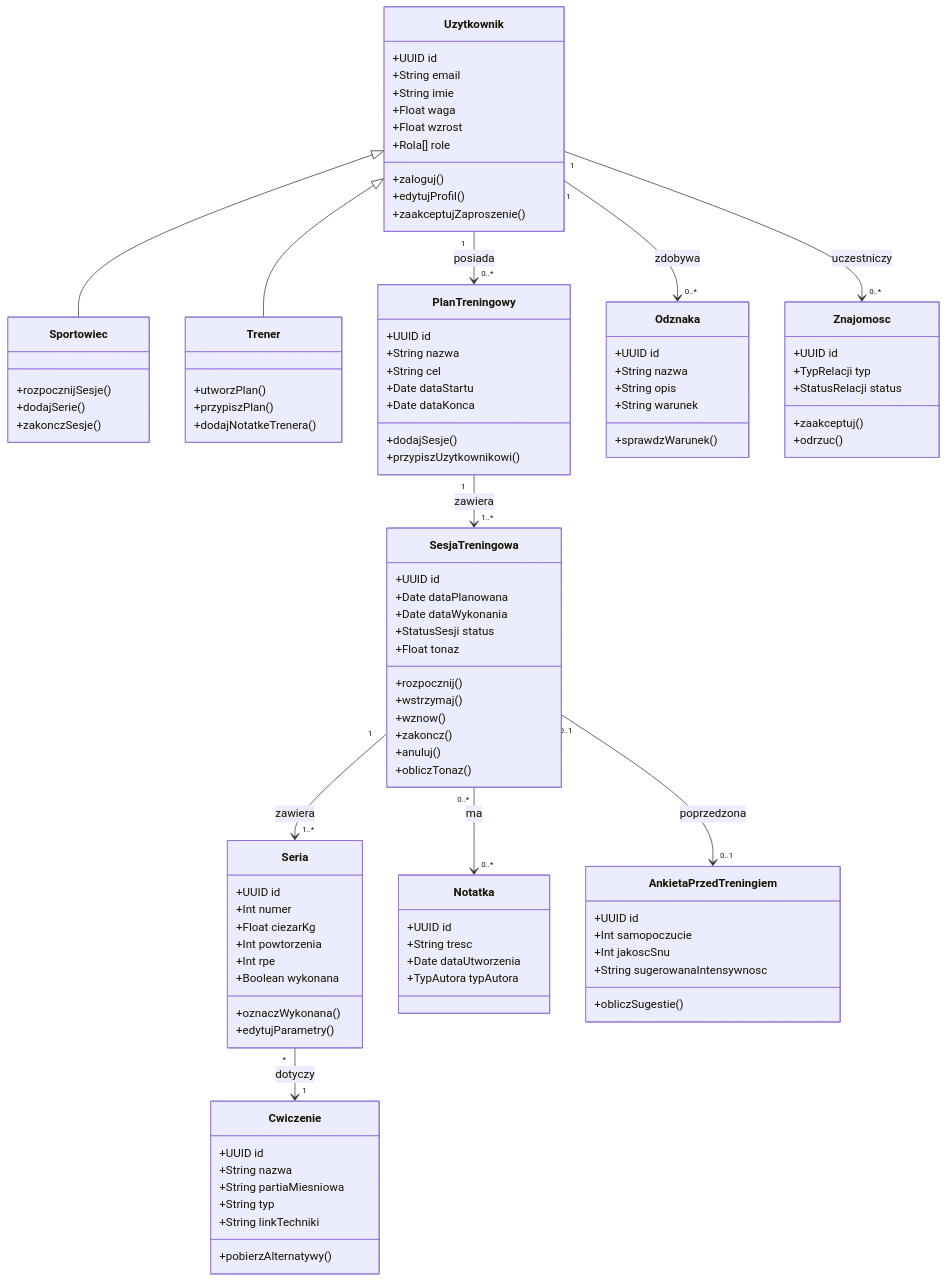
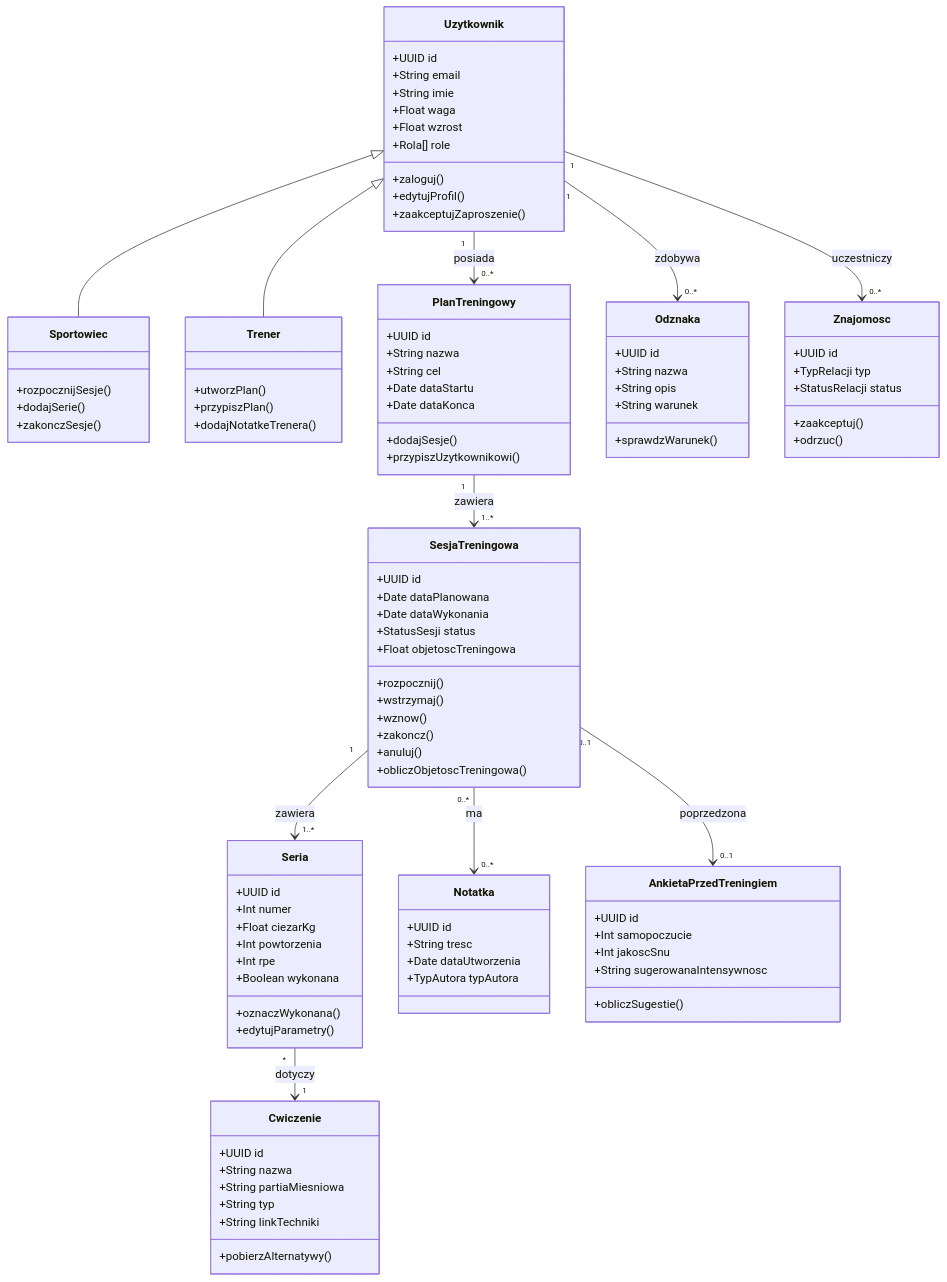
The second of 7 diagrams in README.md (Elleass/hipertrof.io), drawn with Mermaid before and after one commit. The commit also changed other lines of this file, not shown here.

```diff
--- a/README.md
+++ b/README.md
@@ -213,13 +222,13 @@
         +Date dataPlanowana
         +Date dataWykonania
         +StatusSesji status
-        +Float tonaz
+        +Float objetoscTreningowa
         +rozpocznij()
         +wstrzymaj()
         +wznow()
         +zakoncz()
         +anuluj()
-        +obliczTonaz()
+        +obliczObjetoscTreningowa()
     }
 
     class Cwiczenie {
```
